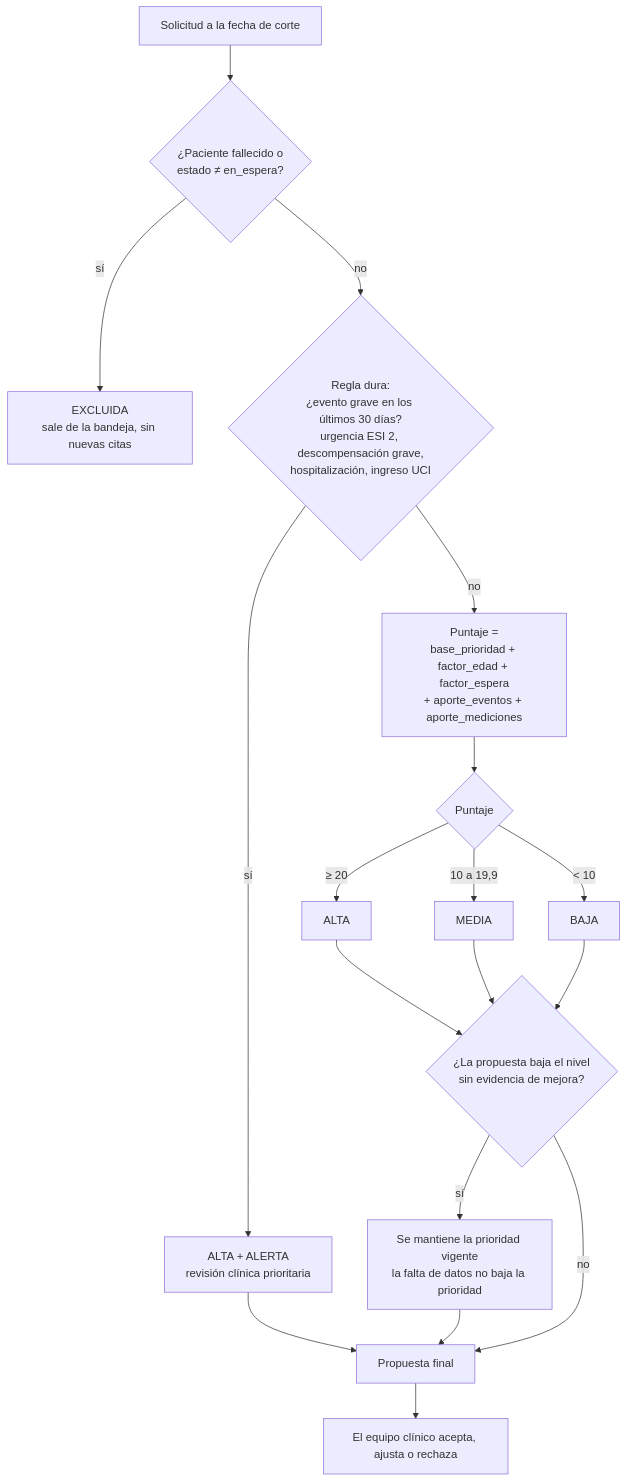
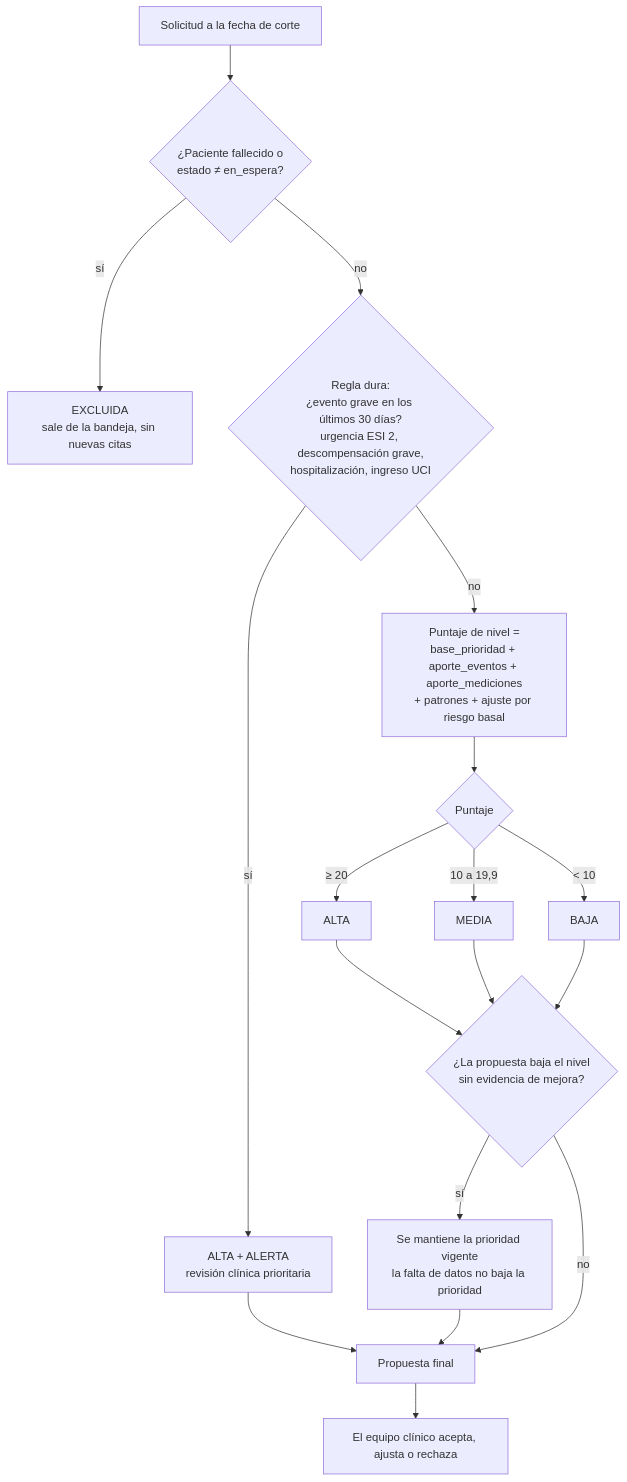
One commit to patricioespinozaa/AWS-G12 changed the fourth of 7 diagrams in docs/arquitectura.md. Above: the diagram before and after it, drawn with Mermaid. The commit also changed other lines of this file and 44 other files, not shown here.

````diff
--- a/docs/arquitectura.md
+++ b/docs/arquitectura.md
@@ -276,18 +276,18 @@
 ```mermaid
 flowchart TD
     A["Solicitud a la fecha de corte"] --> B{"¿Paciente fallecido o<br/>estado ≠ en_espera?"}
     B -- "sí" --> X["EXCLUIDA<br/>sale de la bandeja, sin nuevas citas"]
     B -- "no" --> C{"Regla dura:<br/>¿evento grave en los últimos 30 días?<br/>urgencia ESI 2, descompensación grave,<br/>hospitalización, ingreso UCI"}
     C -- "sí" --> H["ALTA + ALERTA<br/>revisión clínica prioritaria"]
-    C -- "no" --> D["Puntaje =<br/>base_prioridad + factor_edad + factor_espera<br/>+ aporte_eventos + aporte_mediciones"]
+    C -- "no" --> D["Puntaje de nivel =<br/>base_prioridad + aporte_eventos + aporte_mediciones<br/>+ patrones + ajuste por riesgo basal"]
     D --> E{"Puntaje"}
     E -- "≥ 20" --> AL["ALTA"]
     E -- "10 a 19,9" --> ME["MEDIA"]
     E -- "< 10" --> BA["BAJA"]
     AL & ME & BA --> G{"¿La propuesta baja el nivel<br/>sin evidencia de mejora?"}
     G -- "sí" --> K["Se mantiene la prioridad vigente<br/>la falta de datos no baja la prioridad"]
     G -- "no" --> Z["Propuesta final"]
     H --> Z
     K --> Z
     Z --> V["El equipo clínico acepta, ajusta o rechaza"]
 ```
````
